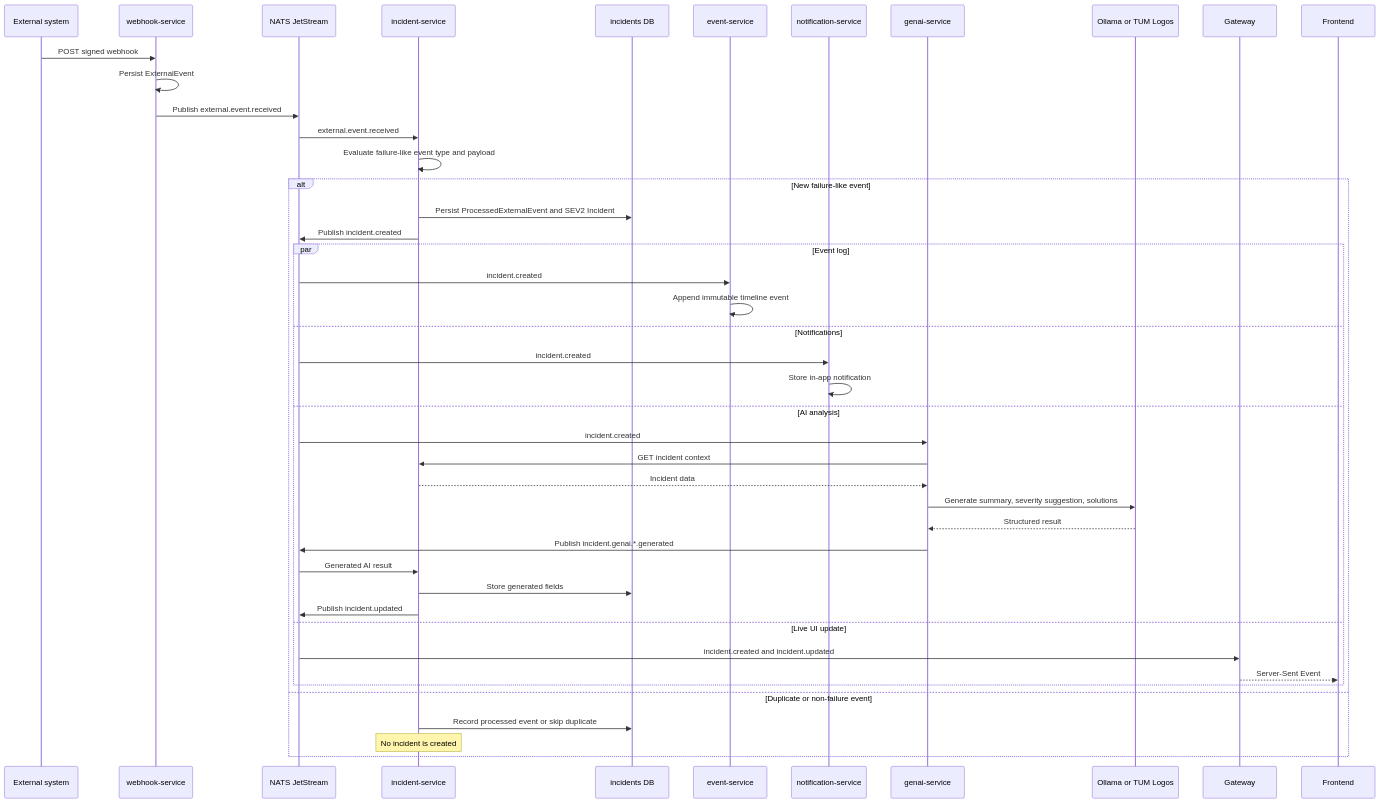
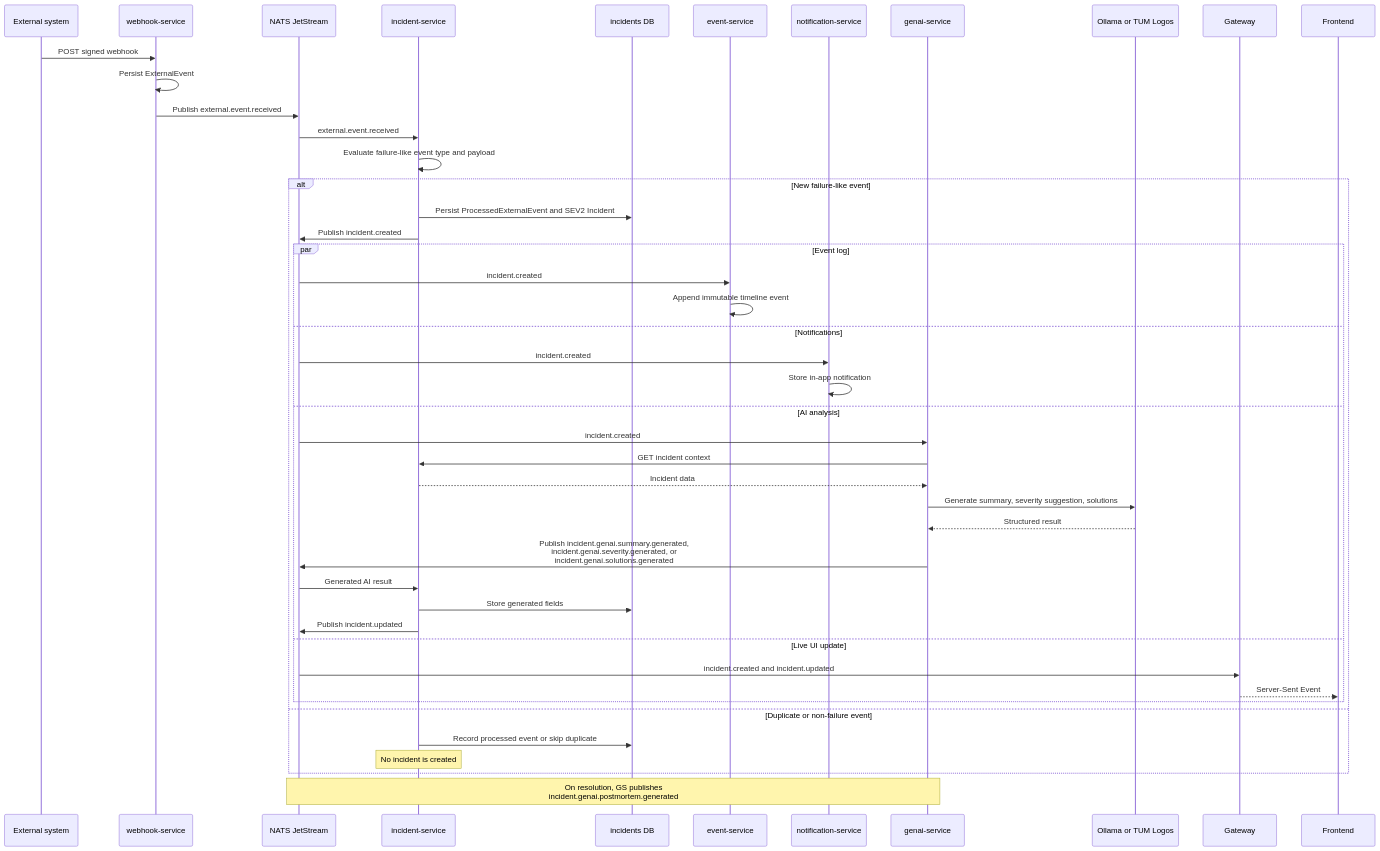
One commit to AET-DevOps26/team-panic-at-the-console changed the diagram in docs/deliverables/2026-05-08-uml-diagrams/sequence_diagram.md. Above: the diagram before and after it, drawn with Mermaid. The commit also changed 6 other files, not shown here.

````diff
--- a/docs/deliverables/2026-05-08-uml-diagrams/sequence_diagram.md
+++ b/docs/deliverables/2026-05-08-uml-diagrams/sequence_diagram.md
@@ -3,48 +3,50 @@
 ```mermaid
 sequenceDiagram
     participant EXT as External system
     participant WH as webhook-service
     participant NATS as NATS JetStream
     participant IS as incident-service
     participant DB as incidents DB
     participant ES as event-service
     participant NS as notification-service
     participant GS as genai-service
     participant LLM as Ollama or TUM Logos
     participant GW as Gateway
     participant FE as Frontend
 
     EXT->>WH: POST signed webhook
     WH->>WH: Persist ExternalEvent
     WH->>NATS: Publish external.event.received
     NATS->>IS: external.event.received
     IS->>IS: Evaluate failure-like event type and payload
 
     alt New failure-like event
         IS->>DB: Persist ProcessedExternalEvent and SEV2 Incident
         IS->>NATS: Publish incident.created
         par Event log
             NATS->>ES: incident.created
             ES->>ES: Append immutable timeline event
         and Notifications
             NATS->>NS: incident.created
             NS->>NS: Store in-app notification
         and AI analysis
             NATS->>GS: incident.created
             GS->>IS: GET incident context
             IS-->>GS: Incident data
             GS->>LLM: Generate summary, severity suggestion, solutions
             LLM-->>GS: Structured result
-            GS->>NATS: Publish incident.genai.*.generated
+            GS->>NATS: Publish incident.genai.summary.generated,<br/>incident.genai.severity.generated, or<br/>incident.genai.solutions.generated
             NATS->>IS: Generated AI result
             IS->>DB: Store generated fields
             IS->>NATS: Publish incident.updated
         and Live UI update
             NATS->>GW: incident.created and incident.updated
             GW-->>FE: Server-Sent Event
         end
     else Duplicate or non-failure event
         IS->>DB: Record processed event or skip duplicate
         Note over IS: No incident is created
     end
+
+    Note over GS,NATS: On resolution, GS publishes<br/>incident.genai.postmortem.generated
 ```
````
